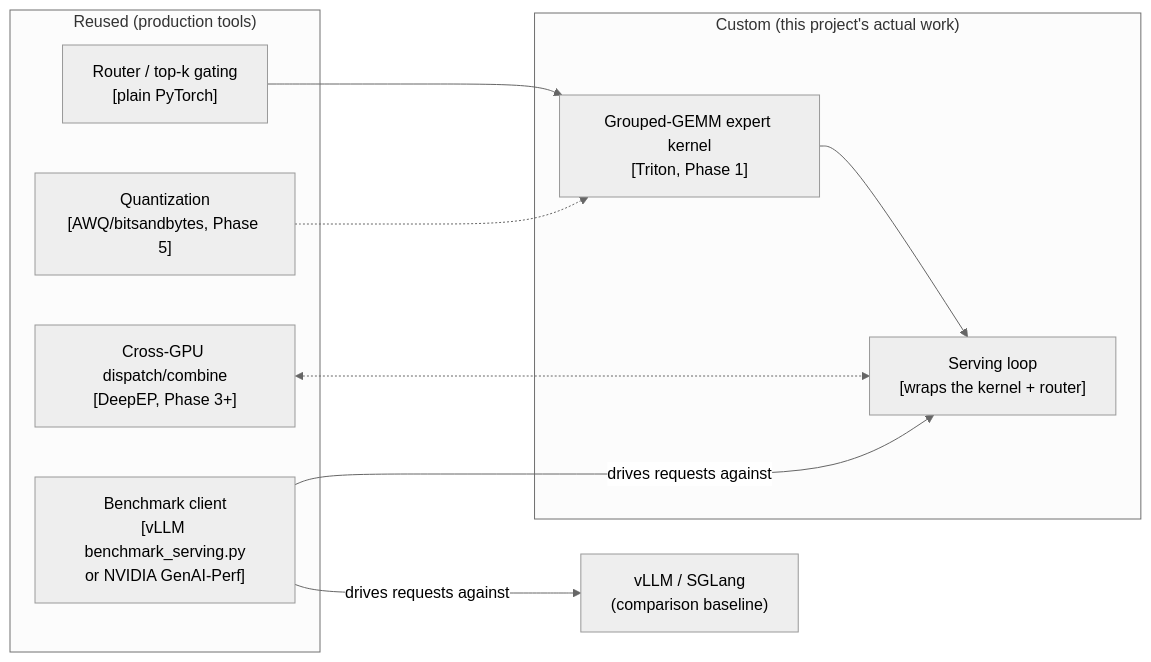
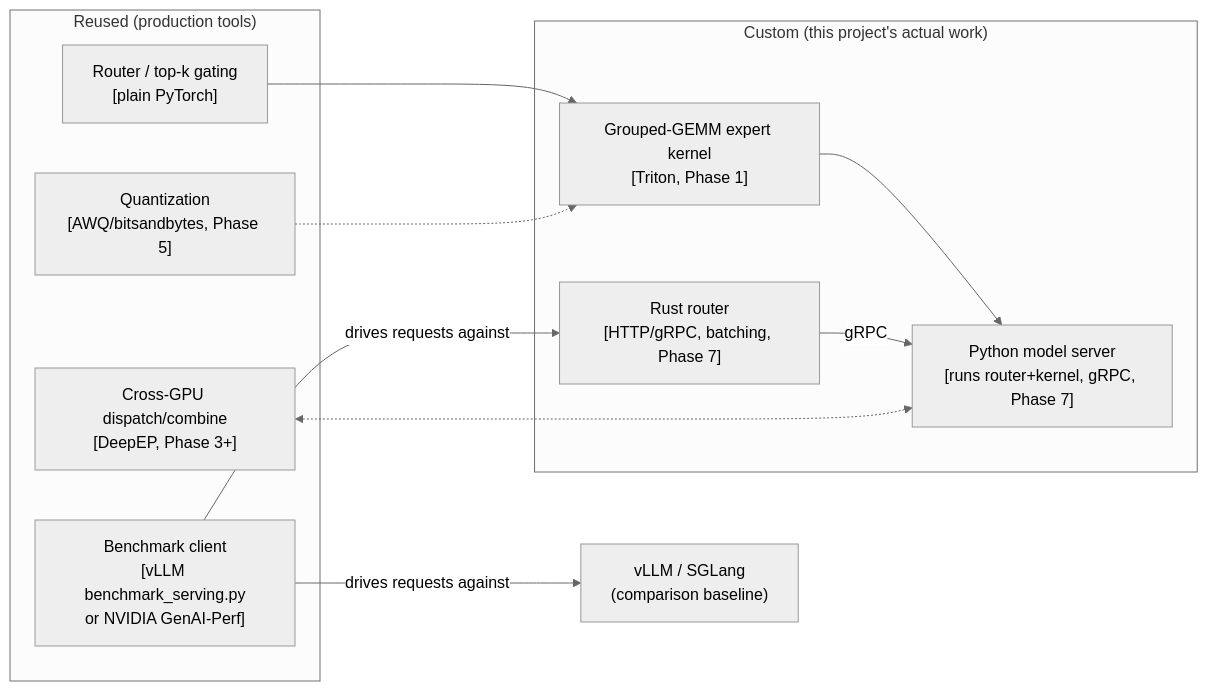
Before and after one commit to bsreecharanreddy/dispatch: the diagram in docs/design/2026-09-14-dispatch-system-design.md, drawn with Mermaid (neutral theme). The commit also changed other lines of this file and 3 other files, not shown here.

First line of the commit message:
docs: add Phase 7 (productionization) and a Rust router, ADR-0003

````diff
--- a/docs/design/2026-09-14-dispatch-system-design.md
+++ b/docs/design/2026-09-14-dispatch-system-design.md
@@ -44,20 +45,22 @@
 ```mermaid
 flowchart LR
     subgraph reused["Reused (production tools)"]
         R["Router / top-k gating\n[plain PyTorch]"]
         D["Cross-GPU dispatch/combine\n[DeepEP, Phase 3+]"]
         Q["Quantization\n[AWQ/bitsandbytes, Phase 5]"]
         B["Benchmark client\n[vLLM benchmark_serving.py\nor NVIDIA GenAI-Perf]"]
     end
 
     subgraph custom["Custom (this project's actual work)"]
         K["Grouped-GEMM expert kernel\n[Triton, Phase 1]"]
-        S["Serving loop\n[wraps the kernel + router]"]
+        RT["Rust router\n[HTTP/gRPC, batching, Phase 7]"]
+        MS["Python model server\n[runs router+kernel, gRPC, Phase 7]"]
     end
 
-    R --> K --> S
-    D <-.-> S
+    R --> K --> MS
+    RT -->|gRPC| MS
+    D <-.-> MS
     Q -.-> K
-    B -->|drives requests against| S
+    B -->|drives requests against| RT
     B -->|drives requests against| V["vLLM / SGLang\n(comparison baseline)"]
 ```
````
